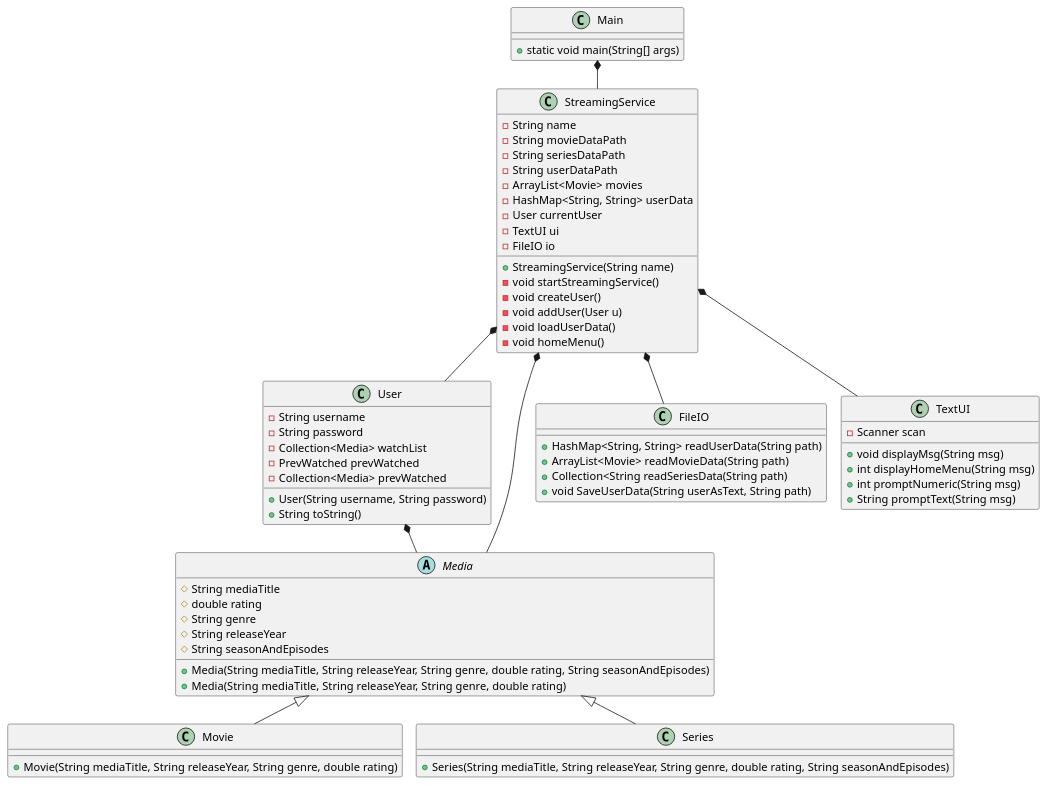
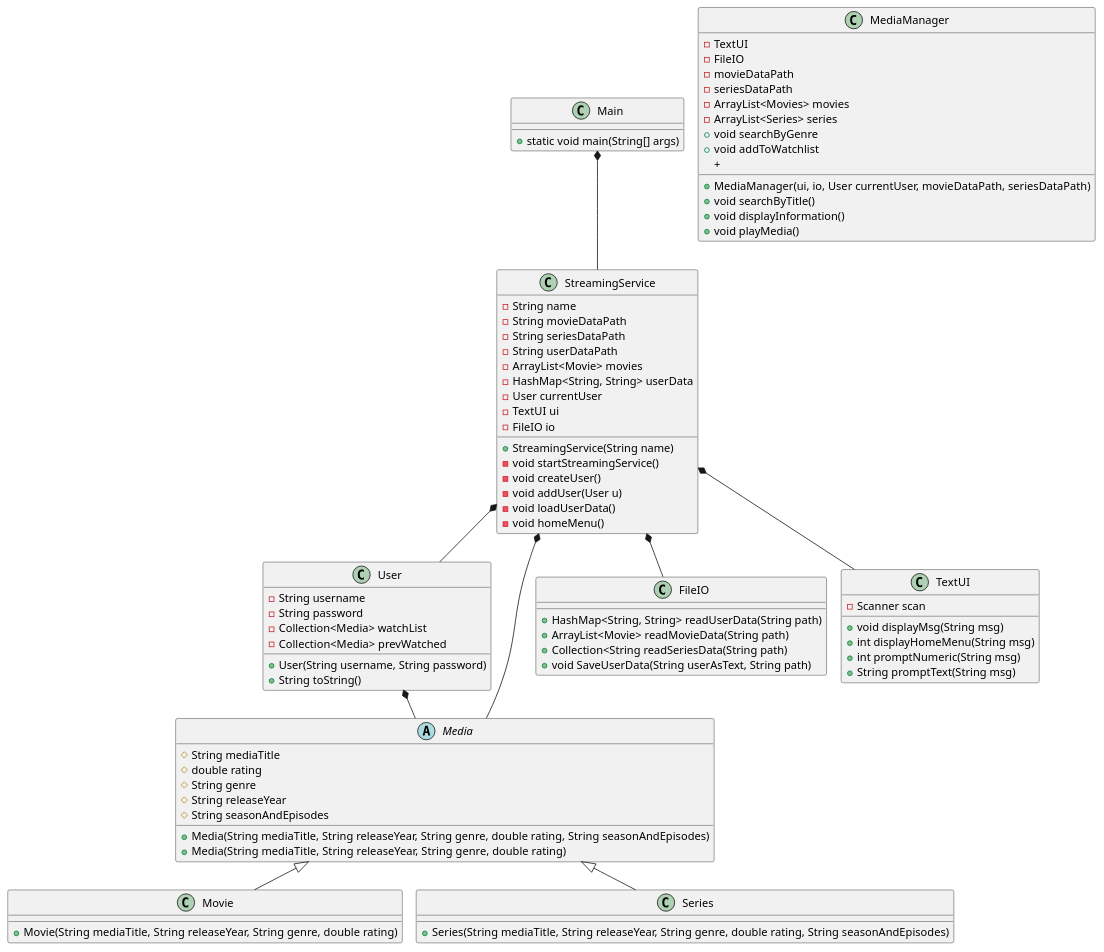
The diagram in doc/classdiagram/classdiagram_v1.puml (EmilDagsberg/SP3), drawn with PlantUML before and after one commit. The commit also changed 1 other file, not shown here.

Commit message:
class diagram fixed

```diff
--- a/doc/classdiagram/classdiagram_v1.puml
+++ b/doc/classdiagram/classdiagram_v1.puml
@@ -1,85 +1,101 @@
 @startuml
 !pragma layout smetana
 
 class Main {
 + static void main(String[] args)
 }
 
 class StreamingService{
 - String name
 - String movieDataPath
 - String seriesDataPath
 - String userDataPath
 - ArrayList<Movie> movies
 - HashMap<String, String> userData
 - User currentUser
 - TextUI ui
 - FileIO io
 + StreamingService(String name)
 - void startStreamingService()
 - void createUser()
 - void addUser(User u)
 - void loadUserData()
 - void homeMenu()
 
 
 }
 
+class MediaManager {
+- TextUI
+- FileIO
+- movieDataPath
+- seriesDataPath
+- ArrayList<Movies> movies
+- ArrayList<Series> series
++ MediaManager(ui, io, User currentUser, movieDataPath, seriesDataPath)
++ void searchByTitle()
++ void displayInformation()
++ void playMedia()
++ void searchByGenre
++ void addToWatchlist
++
+
+}
+
 class User {
 - String username
 - String password
 - Collection<Media> watchList
-- PrevWatched prevWatched
 - Collection<Media> prevWatched
 + User(String username, String password)
 + String toString()
 
 }
 
 
 abstract class Media{
 # String mediaTitle
 # double rating
 # String genre
 # String releaseYear
 # String seasonAndEpisodes
 +Media(String mediaTitle, String releaseYear, String genre, double rating, String seasonAndEpisodes)
 +Media(String mediaTitle, String releaseYear, String genre, double rating)
 }
 
 class Movie{
 + Movie(String mediaTitle, String releaseYear, String genre, double rating)
 'metode der loader liste over film?
 
 }
 
 class Series{
 +Series(String mediaTitle, String releaseYear, String genre, double rating, String seasonAndEpisodes)
 'metode der loader liste over serier?
 }
 
 class FileIO {
 + HashMap<String, String> readUserData(String path)
 + ArrayList<Movie> readMovieData(String path)
 + Collection<String readSeriesData(String path)
 + void SaveUserData(String userAsText, String path)
 }
 
 class TextUI {
 - Scanner scan
 + void displayMsg(String msg)
 + int displayHomeMenu(String msg)
 + int promptNumeric(String msg)
 + String promptText(String msg)
 
 }
 
 Main *-- StreamingService
 StreamingService *-- User
 StreamingService *-- FileIO
 StreamingService *-- TextUI
 Media <|-- Movie
 Media <|-- Series
 StreamingService *-- Media
 User *-- Media
 @enduml
```
